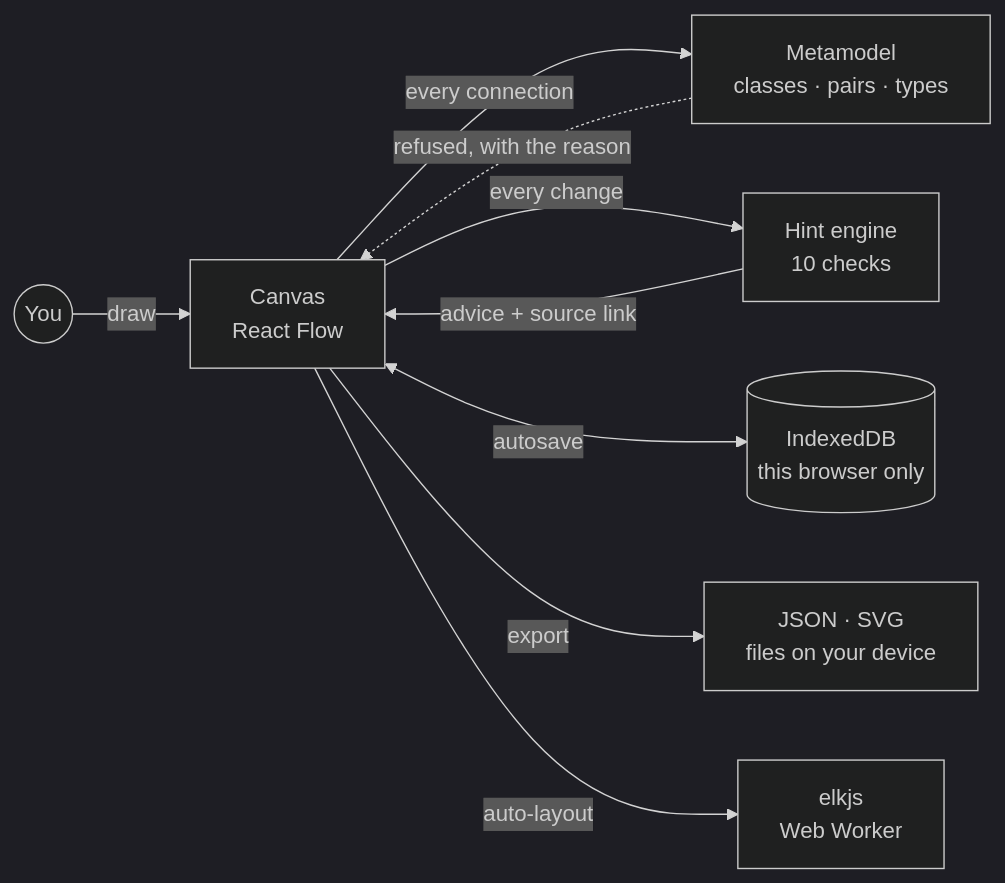
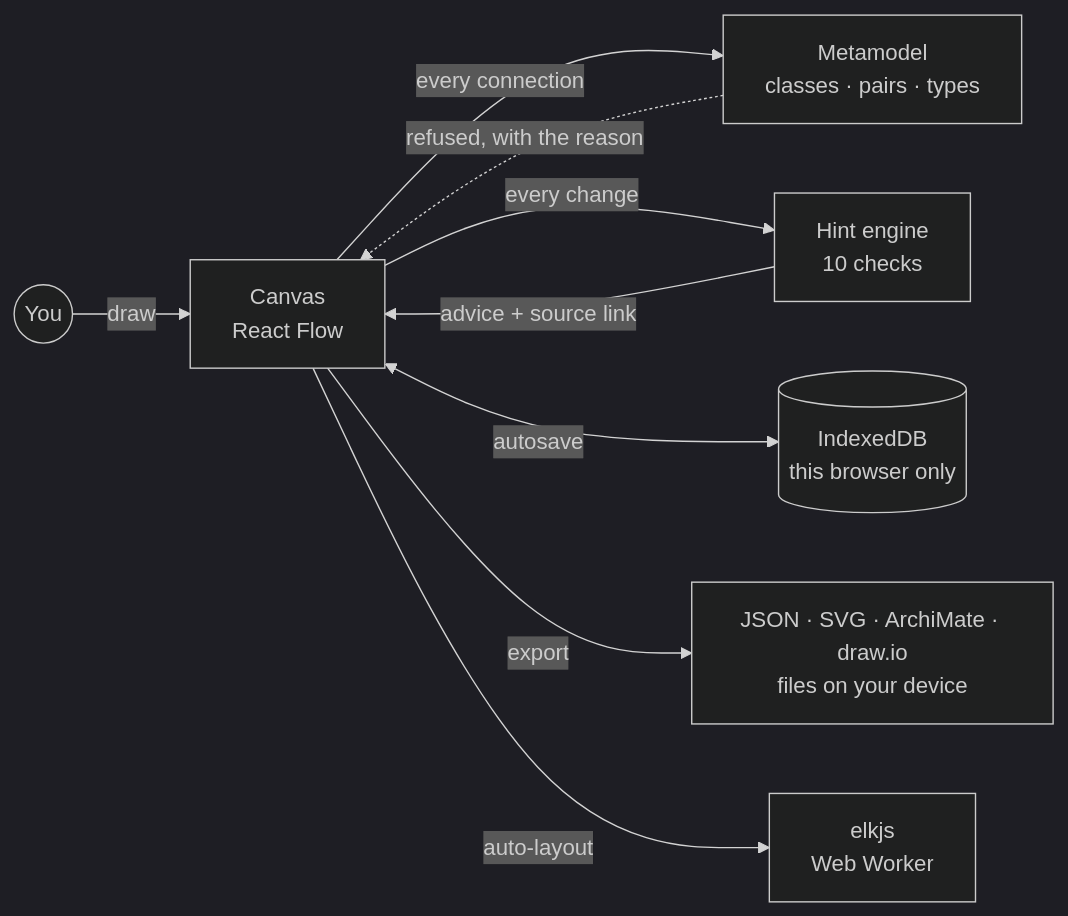
One commit to solventarchitect/blueprint-modeler changed the diagram in README.md. Above: the diagram before and after it, drawn with Mermaid (dark theme). The commit also changed other lines of this file and 7 other files, not shown here.

First line of the commit message:
feat(M11): draw.io export with Lucid Free fit

````diff
--- a/README.md
+++ b/README.md
@@ -55,11 +55,11 @@
 ```mermaid
 flowchart LR
   you(("You")) -->|draw| canvas["Canvas<br/>React Flow"]
   canvas -->|every connection| meta["Metamodel<br/>classes · pairs · types"]
   meta -.->|refused, with the reason| canvas
   canvas -->|every change| hints["Hint engine<br/>10 checks"]
   hints -->|advice + source link| canvas
   canvas <-->|autosave| idb[("IndexedDB<br/>this browser only")]
-  canvas -->|export| files["JSON · SVG<br/>files on your device"]
+  canvas -->|export| files["JSON · SVG · ArchiMate · draw.io<br/>files on your device"]
   canvas -->|auto-layout| worker["elkjs<br/>Web Worker"]
 ```
````
